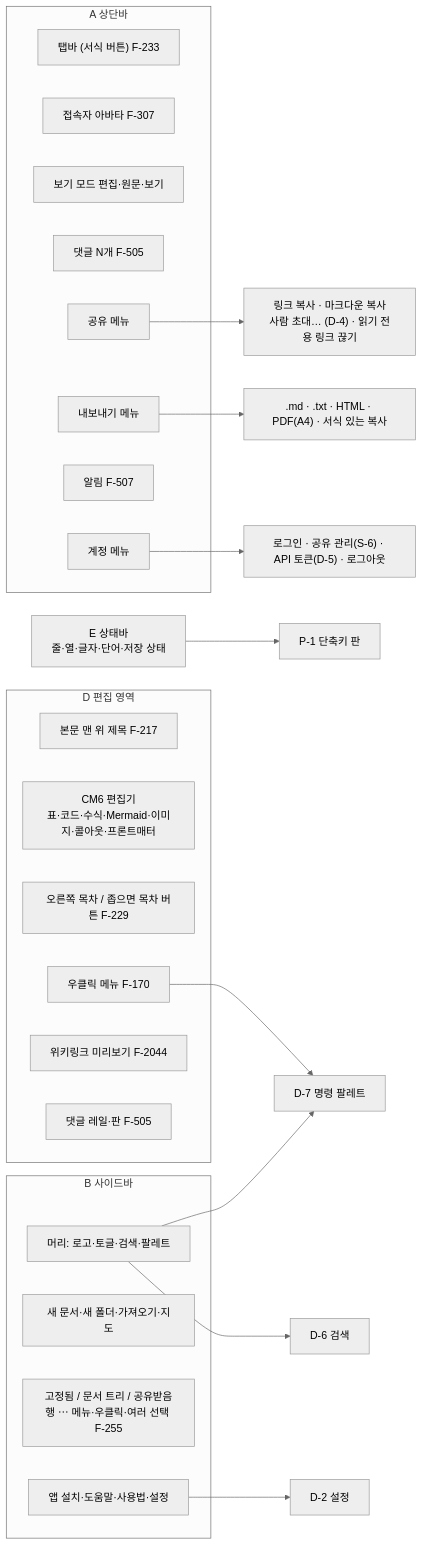
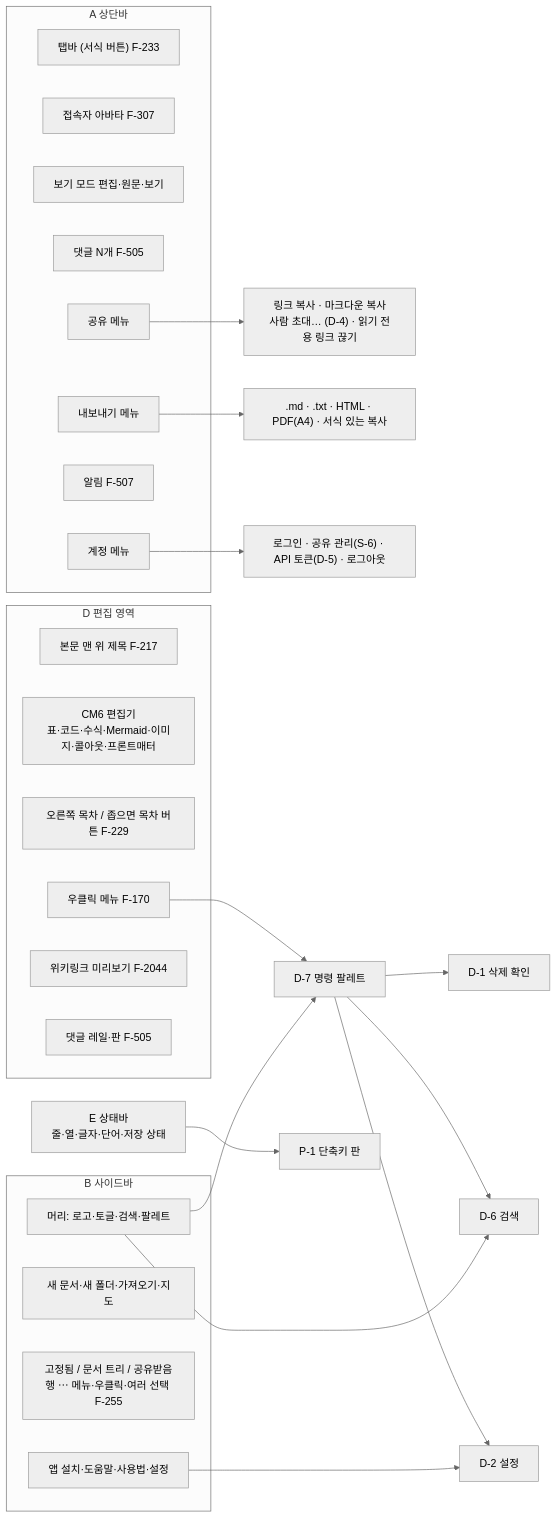
The third of 5 diagrams in specs/map.md (R00neyj/rawdoc), drawn with Mermaid (neutral theme) before and after one commit. The commit also changed other lines of this file and 9 other files, not shown here.

````diff
--- a/specs/map.md
+++ b/specs/map.md
@@ -67,37 +67,40 @@
 ```mermaid
 flowchart LR
   subgraph A["A 상단바"]
     A1["탭바 (서식 버튼) F-233"]
     A2["접속자 아바타 F-307"]
     A3["보기 모드 편집·원문·보기"]
     A4["댓글 N개 F-505"]
     A5["공유 메뉴"]
     A6["내보내기 메뉴"]
     A7["알림 F-507"]
     A8["계정 메뉴"]
   end
   subgraph B["B 사이드바"]
     B1["머리: 로고·토글·검색·팔레트"]
     B2["새 문서·새 폴더·가져오기·지도"]
     B3["고정됨 / 문서 트리 / 공유받음<br/>행 ⋯ 메뉴·우클릭·여러 선택 F-255"]
     B4["앱 설치·도움말·사용법·설정"]
   end
   subgraph D["D 편집 영역"]
     D1["본문 맨 위 제목 F-217"]
     D2["CM6 편집기<br/>표·코드·수식·Mermaid·이미지·콜아웃·프론트매터"]
     D3["오른쪽 목차 / 좁으면 목차 버튼 F-229"]
     D4["우클릭 메뉴 F-170"]
     D5["위키링크 미리보기 F-2044"]
     D6["댓글 레일·판 F-505"]
   end
   E["E 상태바<br/>줄·열·글자·단어·저장 상태"]
 
   A5 --> share["링크 복사 · 마크다운 복사<br/>사람 초대… (D-4) · 읽기 전용 링크 끊기"]
   A6 --> export[".md · .txt · HTML · PDF(A4) · 서식 있는 복사"]
   A8 --> account["로그인 · 공유 관리(S-6) · API 토큰(D-5) · 로그아웃"]
   B1 --> D6dlg["D-6 검색"]
   B1 --> D7dlg["D-7 명령 팔레트"]
   B4 --> D2dlg["D-2 설정"]
   D4 --> D7dlg
+  D7dlg --> D1dlg["D-1 삭제 확인"]
+  D7dlg --> D2dlg
+  D7dlg --> D6dlg
   E --> P1["P-1 단축키 판"]
 ```
````
